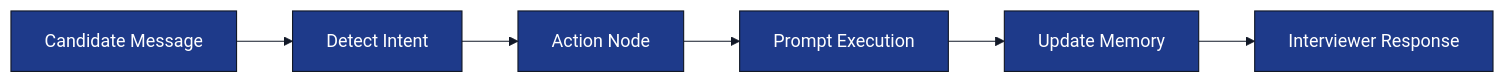
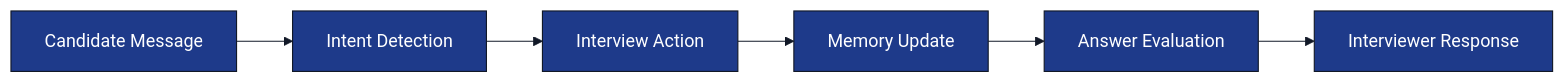
One commit to Veeru123456778/ai-interview-service changed the second of 2 diagrams in docs/tech-spec/04_interview_engine.md. Above: the diagram before and after it, drawn with Mermaid. The commit also changed other lines of this file, not shown here.

Commit message:
fixes the interview engine of the agent

````diff
--- a/docs/tech-spec/04_interview_engine.md
+++ b/docs/tech-spec/04_interview_engine.md
@@ -138,37 +155,37 @@
 ```mermaid
 %%{init:{
   "theme":"base",
   "themeVariables":{
     "background":"#FFFFFF",
     "primaryColor":"#1E3A8A",
     "primaryTextColor":"#FFFFFF",
     "primaryBorderColor":"#111827",
     "secondaryColor":"#2563EB",
     "secondaryTextColor":"#FFFFFF",
     "tertiaryColor":"#DBEAFE",
     "lineColor":"#111827",
     "edgeLabelBackground":"#FFFFFF",
     "fontFamily":"Inter"
   }
 }}%%
 
 flowchart LR
 
-    MSG["Candidate Message"]
+    MESSAGE["Candidate Message"]
 
-    INTENT["Detect Intent"]
+    INTENT["Intent Detection"]
 
-    ACTION["Action Node"]
+    ACTION["Interview Action"]
 
-    LLM["Prompt Execution"]
+    MEMORY["Memory Update"]
 
-    MEMORY["Update Memory"]
+    EVALUATION["Answer Evaluation"]
 
     RESPONSE["Interviewer Response"]
 
-    MSG --> INTENT
+    MESSAGE --> INTENT
     INTENT --> ACTION
-    ACTION --> LLM
-    LLM --> MEMORY
-    MEMORY --> RESPONSE
+    ACTION --> MEMORY
+    MEMORY --> EVALUATION
+    EVALUATION --> RESPONSE
 ```
````
